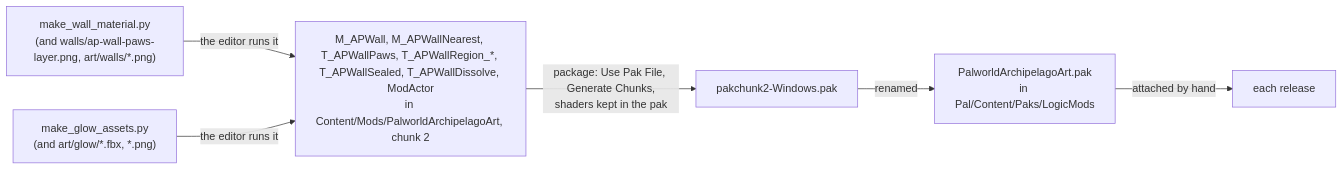
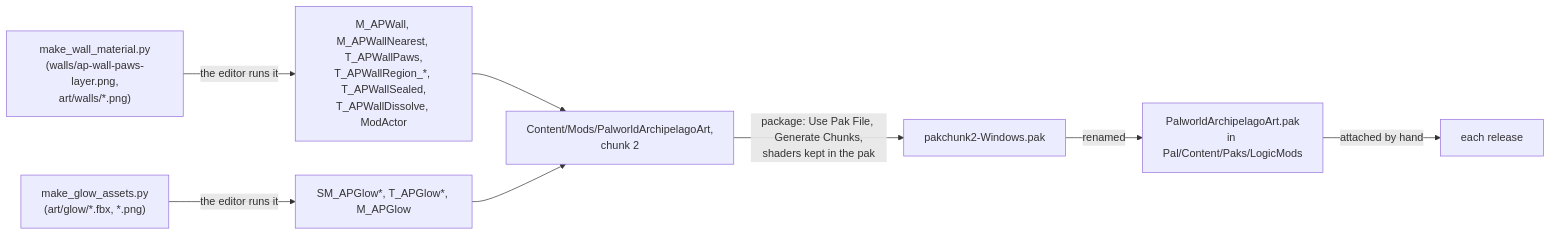
Before and after one commit to JustEyeTea/Palworld-Archipelago-Randomizer: the diagram in logicmod/README.md, drawn with Mermaid. The commit also changed other lines of this file and 55 other files, not shown here.

````diff
--- a/logicmod/README.md
+++ b/logicmod/README.md
@@ -152,8 +61,12 @@
 ```mermaid
 flowchart LR
-  PY["make_wall_material.py<br/>(and walls/ap-wall-paws-layer.png, art/walls/*.png)"] -->|"the editor runs it"| AS["M_APWall, M_APWallNearest, T_APWallPaws, T_APWallRegion_*, T_APWallSealed, T_APWallDissolve, ModActor<br/>in Content/Mods/PalworldArchipelagoArt, chunk 2"]
-  GY["make_glow_assets.py<br/>(and art/glow/*.fbx, *.png)"] -->|"the editor runs it"| AS
-  AS -->|"package: Use Pak File, Generate Chunks,<br/>shaders kept in the pak"| PK["pakchunk2-Windows.pak"]
+  PY["make_wall_material.py<br/>(walls/ap-wall-paws-layer.png,<br/>art/walls/*.png)"] -->|"the editor runs it"| WA
+  GY["make_glow_assets.py<br/>(art/glow/*.fbx, *.png)"] -->|"the editor runs it"| GA
+  WA["M_APWall, M_APWallNearest, T_APWallPaws,<br/>T_APWallRegion_*, T_APWallSealed,<br/>T_APWallDissolve, ModActor"]
+  GA["SM_APGlow*, T_APGlow*, M_APGlow"]
+  WA --> DIR["Content/Mods/PalworldArchipelagoArt,<br/>chunk 2"]
+  GA --> DIR
+  DIR -->|"package: Use Pak File, Generate Chunks,<br/>shaders kept in the pak"| PK["pakchunk2-Windows.pak"]
   PK -->|"renamed"| ART["PalworldArchipelagoArt.pak<br/>in Pal/Content/Paks/LogicMods"]
   ART -->|"attached by hand"| REL["each release"]
 ```
````
